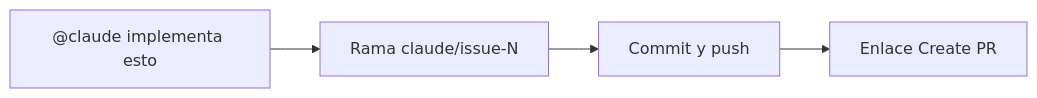
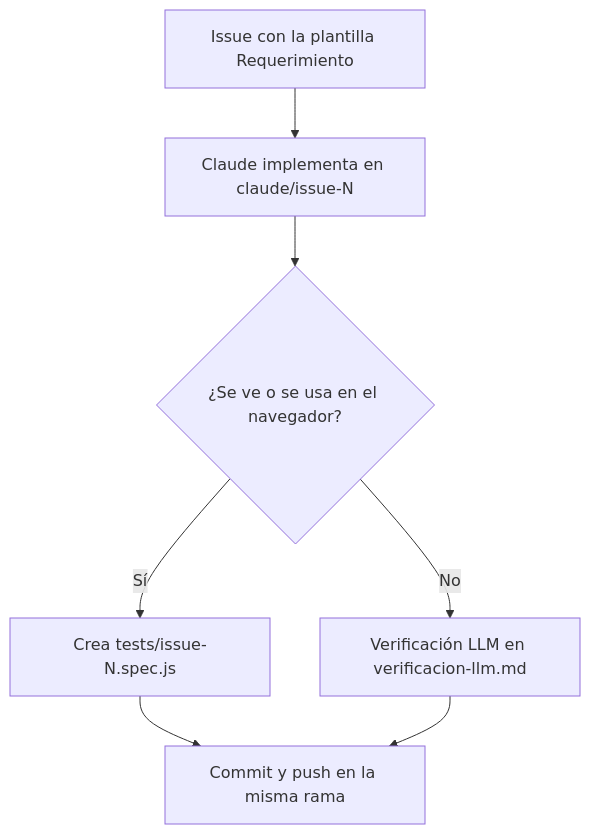
One commit to p8751771-hue/claude-tetris changed the diagram in docs/qa/fase-1-implementacion.md. Above: the diagram before and after it, drawn with Mermaid. The commit also changed other lines of this file and 5 other files, not shown here.

Commit message:
Flujo QA: Claude decide entre pruebas automatizadas y verificacion LLM

````diff
--- a/docs/qa/fase-1-implementacion.md
+++ b/docs/qa/fase-1-implementacion.md
@@ -9,6 +15,9 @@
 ```mermaid
-flowchart LR
-  A["@claude implementa esto"] --> B["Rama claude/issue-N"]
-  B --> C["Commit y push"]
-  C --> D["Enlace Create PR"]
+flowchart TD
+  A["Issue con la plantilla Requerimiento"] --> B["Claude implementa en claude/issue-N"]
+  B --> C{"¿Se ve o se usa en el navegador?"}
+  C -->|Sí| D["Crea tests/issue-N.spec.js"]
+  C -->|No| E["Verificación LLM en verificacion-llm.md"]
+  D --> F["Commit y push en la misma rama"]
+  E --> F
 ```
````
